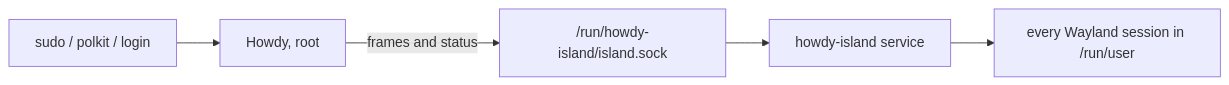
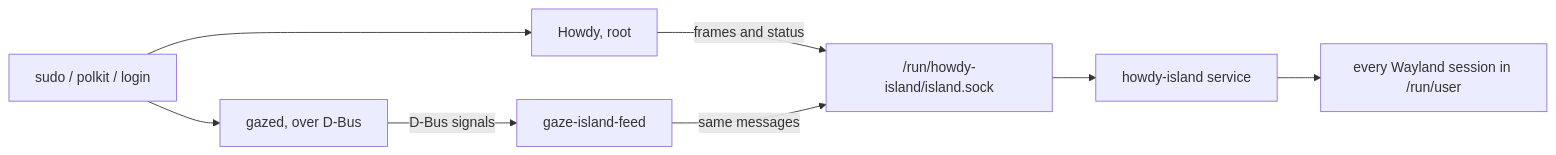
The diagram in README.md (JulioGuillermo/howdy_islan), drawn with Mermaid before and after one commit. The commit also changed other lines of this file and 24 other files, not shown here.

````diff
--- a/README.md
+++ b/README.md
@@ -52,7 +70,10 @@
 ```mermaid
 flowchart LR
   A[sudo / polkit / login] --> B[Howdy, root]
+  A --> G[gazed, over D-Bus]
+  G -- D-Bus signals --> F[gaze-island-feed]
   B -- frames and status --> C["/run/howdy-island/island.sock"]
+  F -- same messages --> C
   C --> D[howdy-island service]
   D --> E[every Wayland session in /run/user]
 ```
````
